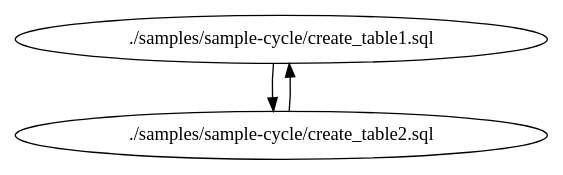
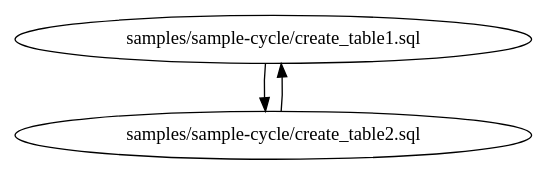
The diagram in samples/sample-cycle/dag.dot (Matts966/alphasql), drawn with Graphviz before and after one commit. The commit also changed 18 other files, not shown here.

```diff
--- a/samples/sample-cycle/dag.dot
+++ b/samples/sample-cycle/dag.dot
@@ -1,6 +1,6 @@
 digraph G {
-0[label="./samples/sample-cycle/create_table1.sql"];
-1[label="./samples/sample-cycle/create_table2.sql"];
+0[label="samples/sample-cycle/create_table1.sql"];
+1[label="samples/sample-cycle/create_table2.sql"];
 0->1 ;
 1->0 ;
 }
```
